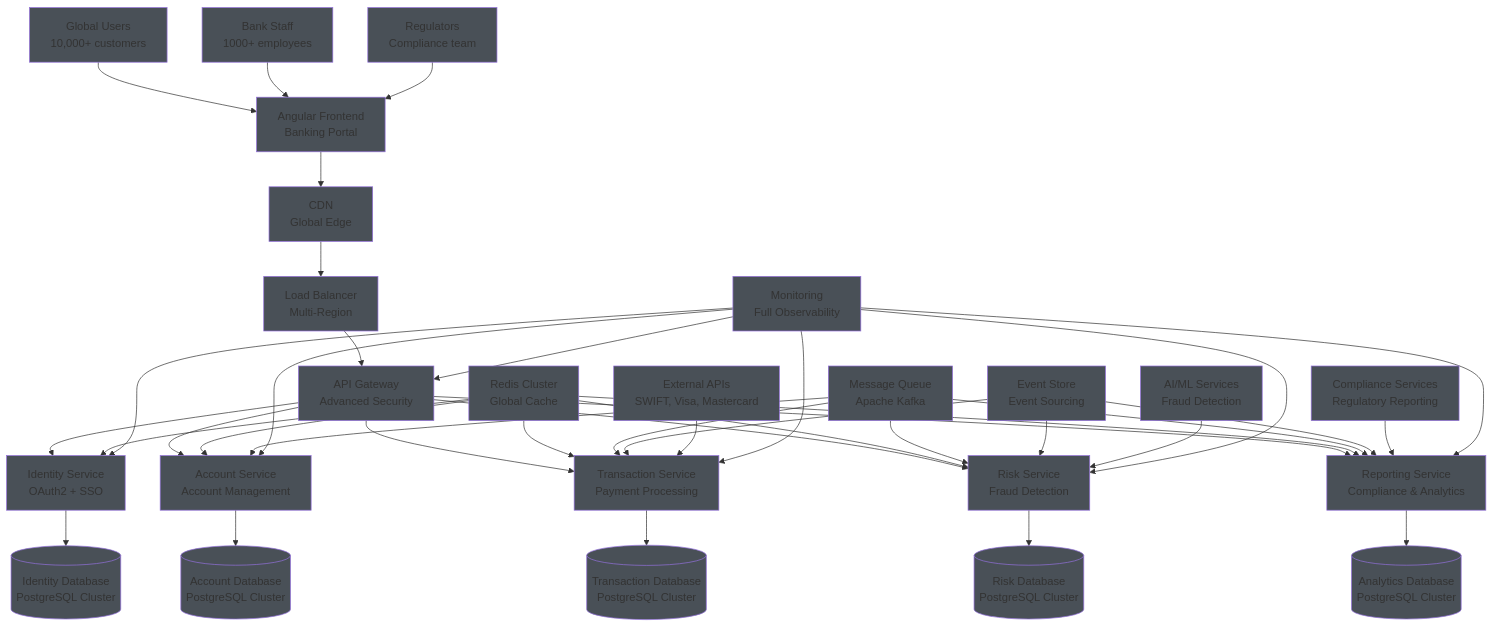
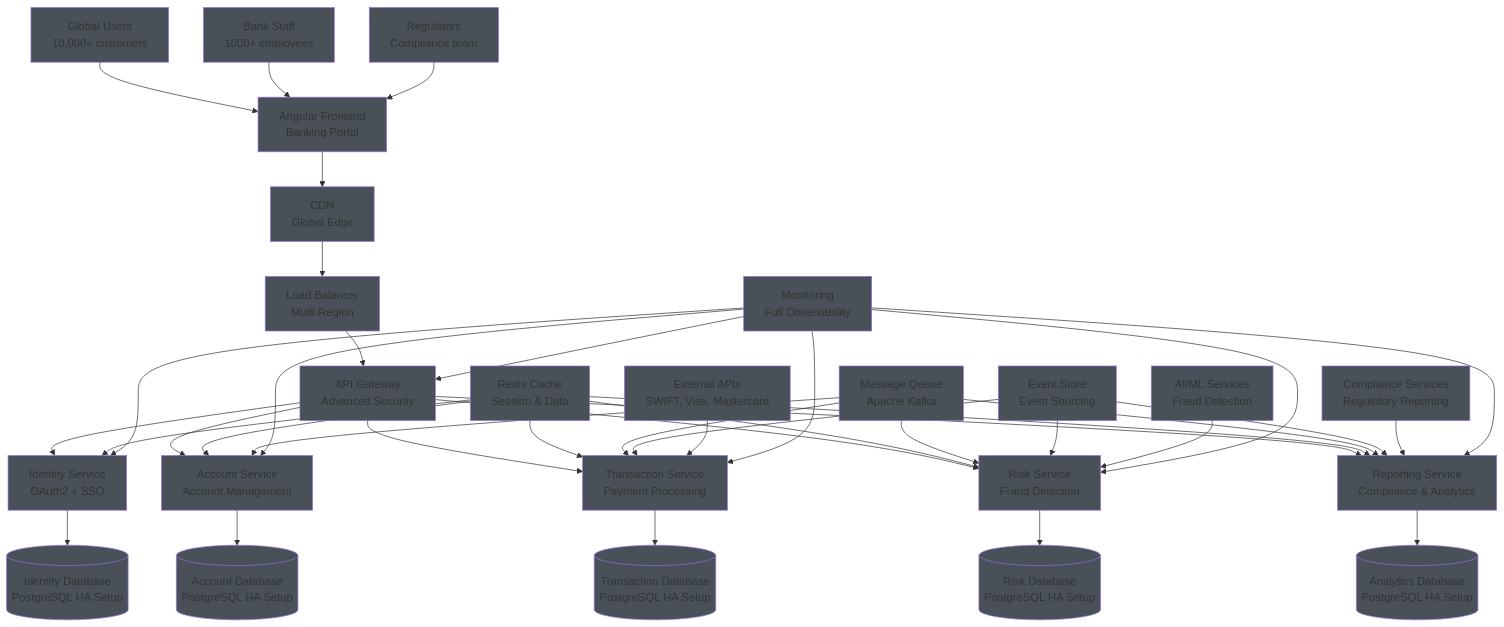
One commit to nayanvithanage/code_20-architecture-practice changed the fifth of 5 diagrams in architecture-by-size-examples.md. Above: the diagram before and after it, drawn with Mermaid. The commit also changed other lines of this file and 3 other files, not shown here.

Commit message:
refactor: update PostgreSQL terminology to enhance clarity across architecture documentation

````diff
--- a/architecture-by-size-examples.md
+++ b/architecture-by-size-examples.md
@@ -218,73 +218,73 @@
 ```mermaid
 graph TD
     A[Angular Frontend<br/>Banking Portal] --> B[CDN<br/>Global Edge]
     B --> C[Load Balancer<br/>Multi-Region]
     C --> D[API Gateway<br/>Advanced Security]
     
     D --> E[Identity Service<br/>OAuth2 + SSO]
     D --> F[Account Service<br/>Account Management]
     D --> G[Transaction Service<br/>Payment Processing]
     D --> H[Risk Service<br/>Fraud Detection]
     D --> I[Reporting Service<br/>Compliance & Analytics]
     
-    E --> J[(Identity Database<br/>PostgreSQL Cluster)]
-    F --> K[(Account Database<br/>PostgreSQL Cluster)]
-    G --> L[(Transaction Database<br/>PostgreSQL Cluster)]
-    H --> M[(Risk Database<br/>PostgreSQL Cluster)]
-    I --> N[(Analytics Database<br/>PostgreSQL Cluster)]
+    E --> J[(Identity Database<br/>PostgreSQL HA Setup)]
+    F --> K[(Account Database<br/>PostgreSQL HA Setup)]
+    G --> L[(Transaction Database<br/>PostgreSQL HA Setup)]
+    H --> M[(Risk Database<br/>PostgreSQL HA Setup)]
+    I --> N[(Analytics Database<br/>PostgreSQL HA Setup)]
     
-    O[Redis Cluster<br/>Global Cache] --> E
+    O[Redis Cache<br/>Session & Data] --> E
     O --> F
     O --> G
     O --> H
     O --> I
     
     P[Message Queue<br/>Apache Kafka] --> F
     P --> G
     P --> H
     P --> I
     
     Q[Event Store<br/>Event Sourcing] --> G
     Q --> H
     Q --> I
     
     R[External APIs<br/>SWIFT, Visa, Mastercard] --> G
     S[AI/ML Services<br/>Fraud Detection] --> H
     T[Compliance Services<br/>Regulatory Reporting] --> I
     
     U[Monitoring<br/>Full Observability] --> D
     U --> E
     U --> F
     U --> G
     U --> H
     U --> I
     
     V[Global Users<br/>10,000+ customers] --> A
     W[Bank Staff<br/>1000+ employees] --> A
     X[Regulators<br/>Compliance team] --> A
     
     style A fill:#495057
     style B fill:#495057
     style C fill:#495057
     style D fill:#495057
     style E fill:#495057
     style F fill:#495057
     style G fill:#495057
     style H fill:#495057
     style I fill:#495057
     style J fill:#495057
     style K fill:#495057
     style L fill:#495057
     style M fill:#495057
     style N fill:#495057
     style O fill:#495057
     style P fill:#495057
     style Q fill:#495057
     style R fill:#495057
     style S fill:#495057
     style T fill:#495057
     style U fill:#495057
     style V fill:#495057
     style W fill:#495057
     style X fill:#495057
 ```
````
